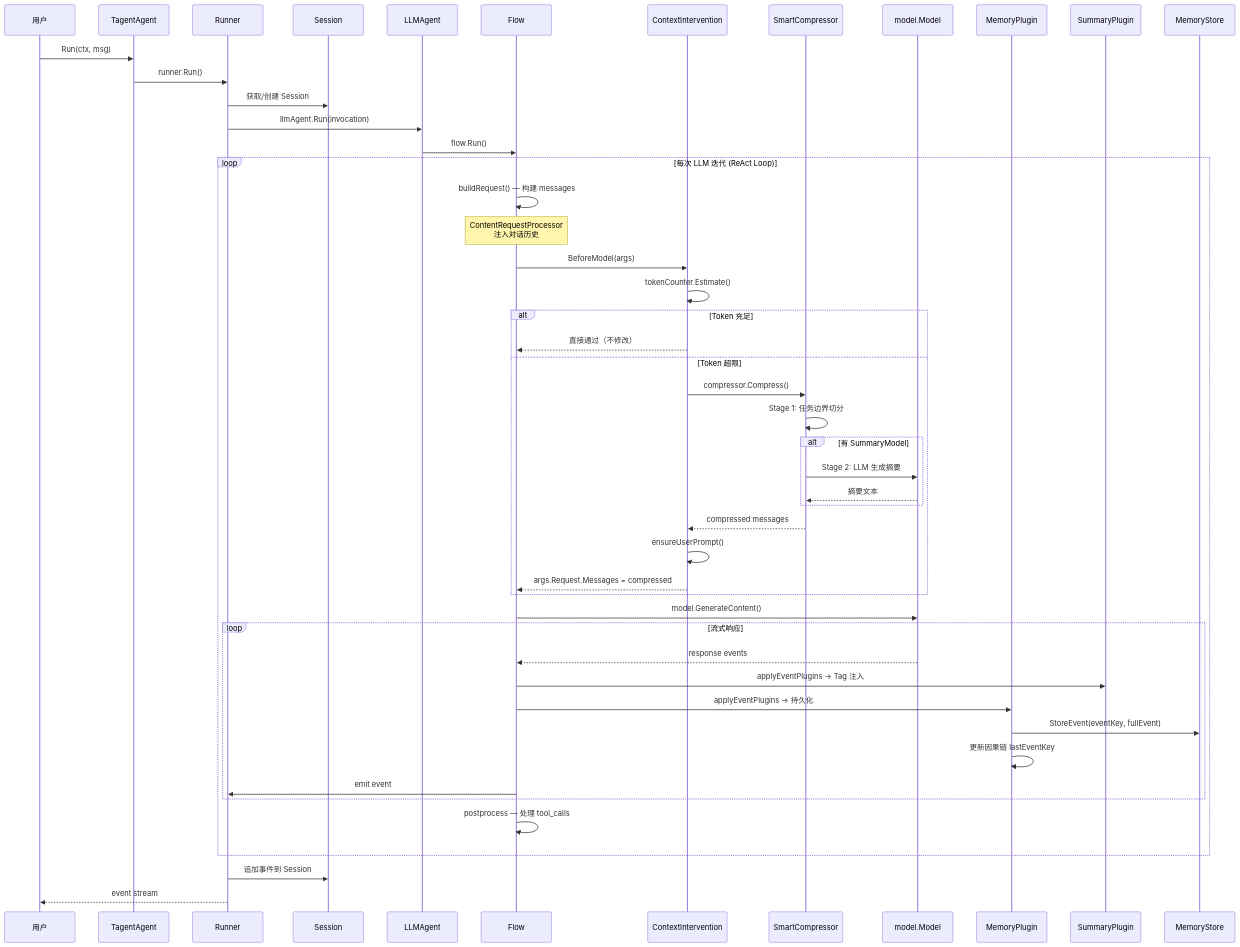
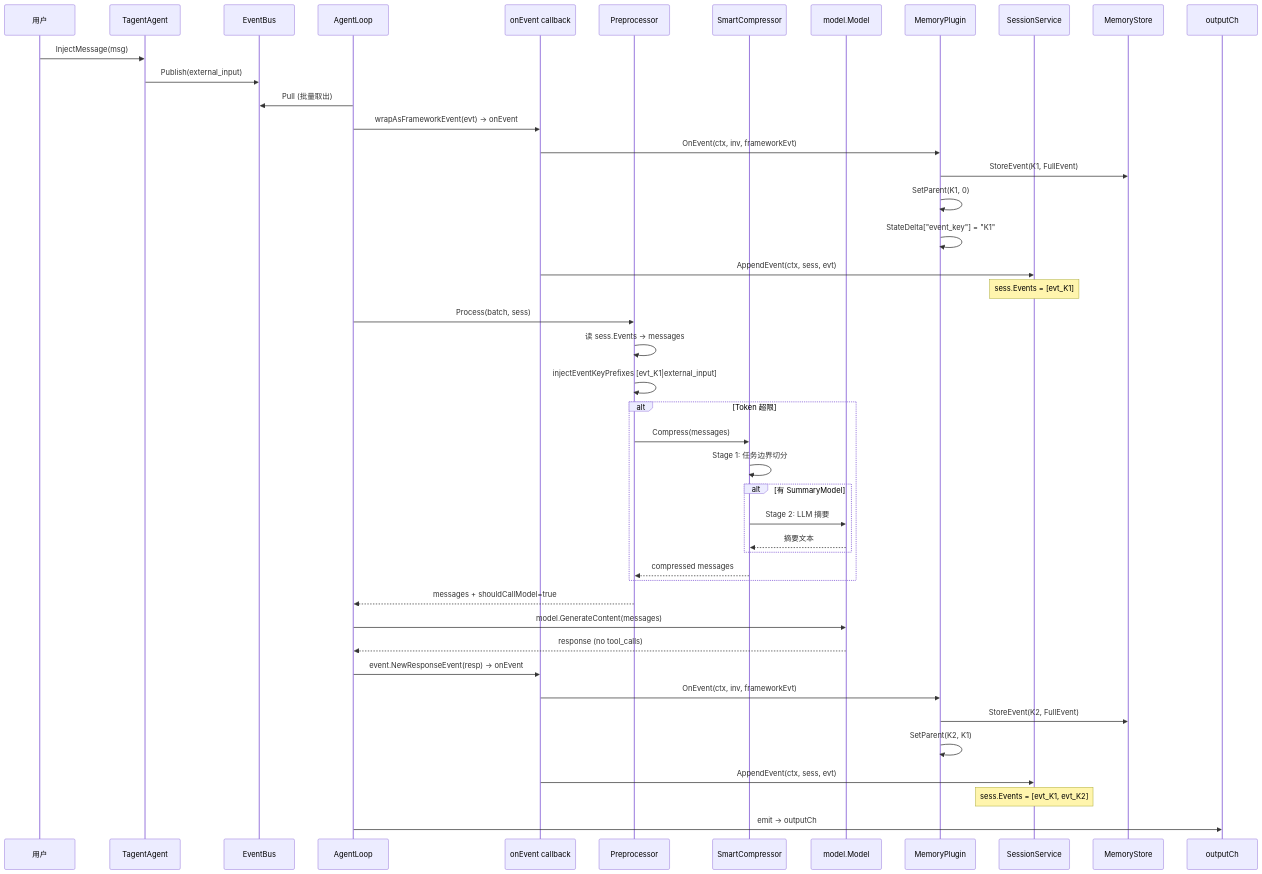
One commit to SpellingDragon/tagent changed the second of 8 diagrams in docs/wiki/agent/agent-architecture.md. Above: the diagram before and after it, drawn with Mermaid. The commit also changed other lines of this file and 8 other files, not shown here.

First line of the commit message:
docs: align wiki and README with event-driven architecture

````diff
--- a/docs/wiki/agent/agent-architecture.md
+++ b/docs/wiki/agent/agent-architecture.md
@@ -591,60 +438,54 @@
 ```mermaid
 sequenceDiagram
     participant U as 用户
     participant TA as TagentAgent
-    participant R as Runner
-    participant S as Session
-    participant LA as LLMAgent
-    participant F as Flow
-    participant CI as ContextIntervention
+    participant EB as EventBus
+    participant AL as AgentLoop
+    participant OE as onEvent callback
+    participant PP as Preprocessor
     participant SC as SmartCompressor
     participant LLM as model.Model
     participant MP as MemoryPlugin
-    participant SP as SummaryPlugin
+    participant SS as SessionService
     participant MS as MemoryStore
+    participant OC as outputCh
 
-    U->>TA: Run(ctx, msg)
-    TA->>R: runner.Run()
-    R->>S: 获取/创建 Session
-    R->>LA: llmAgent.Run(invocation)
-    LA->>F: flow.Run()
+    U->>TA: InjectMessage(msg)
+    TA->>EB: Publish(external_input)
 
-    loop 每次 LLM 迭代 (ReAct Loop)
-        F->>F: buildRequest() — 构建 messages
+    AL->>EB: Pull (批量取出)
+    AL->>OE: wrapAsFrameworkEvent(evt) → onEvent
+    OE->>MP: OnEvent(ctx, inv, frameworkEvt)
+    MP->>MS: StoreEvent(K1, FullEvent)
+    MP->>MP: SetParent(K1, 0)
+    MP->>MP: StateDelta["event_key"] = "K1"
+    OE->>SS: AppendEvent(ctx, sess, evt)
+    Note over SS: sess.Events = [evt_K1]
 
-        Note over F: ContentRequestProcessor<br/>注入对话历史
+    AL->>PP: Process(batch, sess)
+    PP->>PP: 读 sess.Events → messages
+    PP->>PP: injectEventKeyPrefixes [evt_K1|external_input]
 
-        F->>CI: BeforeModel(args)
-        CI->>CI: tokenCounter.Estimate()
+    alt Token 超限
+        PP->>SC: Compress(messages)
+        SC->>SC: Stage 1: 任务边界切分
+        alt 有 SummaryModel
+            SC->>LLM: Stage 2: LLM 摘要
+            LLM-->>SC: 摘要文本
+        end
+        SC-->>PP: compressed messages
+    end
+    PP-->>AL: messages + shouldCallModel=true
 
-        alt Token 充足
-            CI-->>F: 直接通过（不修改）
-        else Token 超限
-            CI->>SC: compressor.Compress()
-            SC->>SC: Stage 1: 任务边界切分
-            alt 有 SummaryModel
-                SC->>LLM: Stage 2: LLM 生成摘要
-                LLM-->>SC: 摘要文本
-            end
-            SC-->>CI: compressed messages
-            CI->>CI: ensureUserPrompt()
-            CI-->>F: args.Request.Messages = compressed
-        end
+    AL->>LLM: model.GenerateContent(messages)
+    LLM-->>AL: response (no tool_calls)
 
-        F->>LLM: model.GenerateContent()
+    AL->>OE: event.NewResponseEvent(resp) → onEvent
+    OE->>MP: OnEvent(ctx, inv, frameworkEvt)
+    MP->>MS: StoreEvent(K2, FullEvent)
+    MP->>MP: SetParent(K2, K1)
+    OE->>SS: AppendEvent(ctx, sess, evt)
+    Note over SS: sess.Events = [evt_K1, evt_K2]
 
-        loop 流式响应
-            LLM-->>F: response events
-            F->>SP: applyEventPlugins → Tag 注入
-            F->>MP: applyEventPlugins → 持久化
-            MP->>MS: StoreEvent(eventKey, fullEvent)
-            MP->>MP: 更新因果链 lastEventKey
-            F->>R: emit event
-        end
-
-        F->>F: postprocess — 处理 tool_calls
-    end
-
-    R->>S: 追加事件到 Session
-    R-->>U: event stream
+    AL->>OC: emit → outputCh
 ```
````
